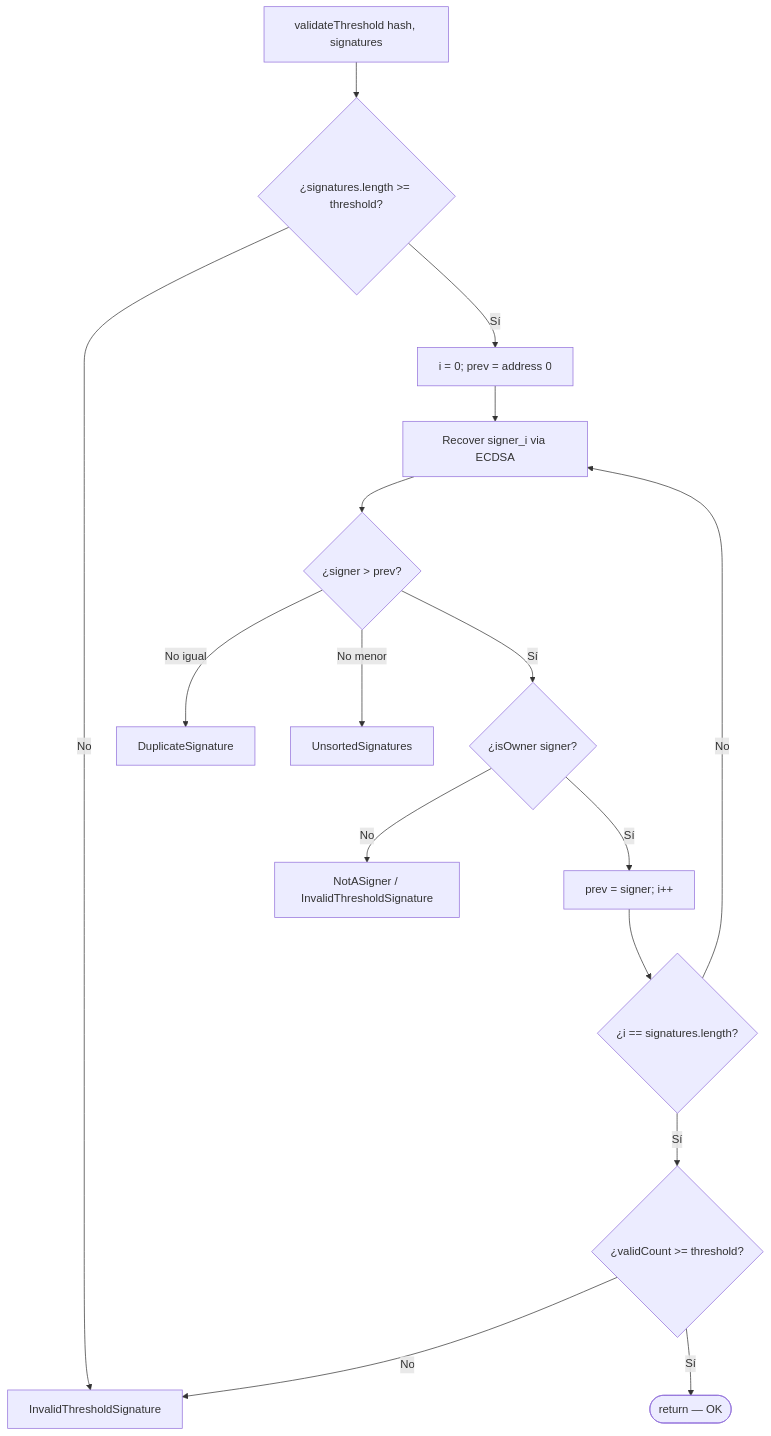
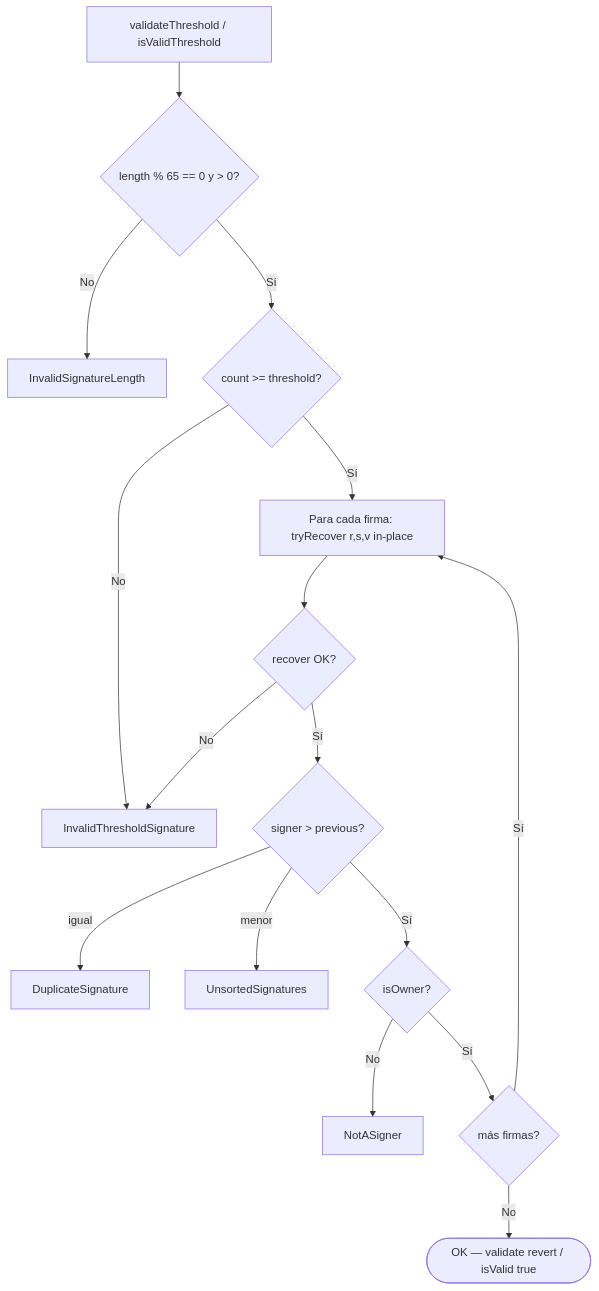
The second of 6 diagrams in doc/diagrama-de-flujo.md (rastrahm/institutional-custody-mpc), drawn with Mermaid before and after one commit. The commit also changed other lines of this file and 12 other files, not shown here.

````diff
--- a/doc/diagrama-de-flujo.md
+++ b/doc/diagrama-de-flujo.md
@@ -47,18 +39,18 @@
 ```mermaid
 flowchart TD
-    A[validateThreshold hash, signatures] --> B{¿signatures.length >= threshold?}
-    B -->|No| Z[InvalidThresholdSignature]
-    B -->|Sí| C[i = 0; prev = address 0]
-    C --> D[Recover signer_i via ECDSA]
-    D --> E{¿signer > prev?}
-    E -->|No igual| F[DuplicateSignature]
-    E -->|No menor| G[UnsortedSignatures]
-    E -->|Sí| H{¿isOwner signer?}
-    H -->|No| I[NotASigner / InvalidThresholdSignature]
-    H -->|Sí| J[prev = signer; i++]
-    J --> K{¿i == signatures.length?}
-    K -->|No| D
-    K -->|Sí| L{¿validCount >= threshold?}
-    L -->|No| Z
-    L -->|Sí| Ok([return — OK])
+    A[validateThreshold / isValidThreshold] --> B{length % 65 == 0 y > 0?}
+    B -->|No| E1[InvalidSignatureLength]
+    B -->|Sí| C{count >= threshold?}
+    C -->|No| E2[InvalidThresholdSignature]
+    C -->|Sí| D[Para cada firma: tryRecover r,s,v in-place]
+    D --> F{recover OK?}
+    F -->|No| E2
+    F -->|Sí| G{signer > previous?}
+    G -->|igual| E3[DuplicateSignature]
+    G -->|menor| E4[UnsortedSignatures]
+    G -->|Sí| H{isOwner?}
+    H -->|No| E5[NotASigner]
+    H -->|Sí| I{más firmas?}
+    I -->|Sí| D
+    I -->|No| Ok([OK — validate revert / isValid true])
 ```
````
